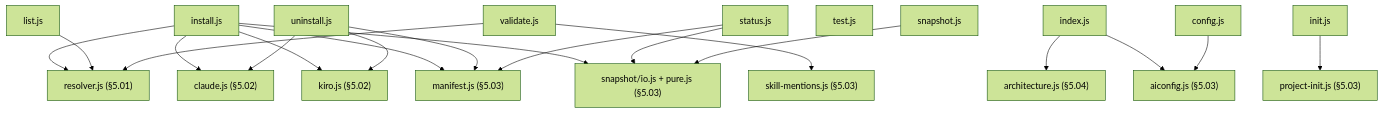
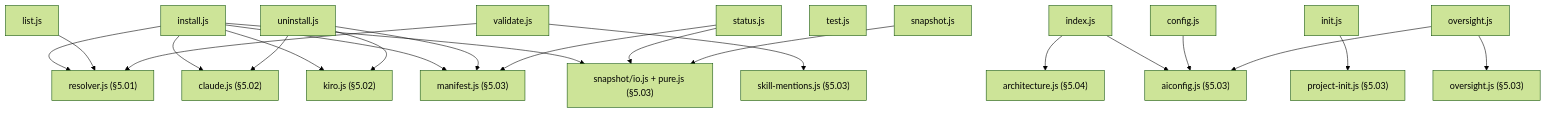
The diagram in docs/architecture/05_05_command_layer.md (starvoxel/ai-foundation), drawn with Mermaid (forest theme) before and after one commit. The commit also changed other lines of this file and 16 other files, not shown here.

````diff
--- a/docs/architecture/05_05_command_layer.md
+++ b/docs/architecture/05_05_command_layer.md
@@ -24,33 +25,36 @@
 ```mermaid
 graph TD
   Install["install.js"]
   Uninstall["uninstall.js"]
   Status["status.js"]
   List["list.js"]
   Validate["validate.js"]
   Test["test.js"]
   Snapshot["snapshot.js"]
   Index["index.js"]
   Init["init.js"]
   Config["config.js"]
+  Oversight["oversight.js"]
 
   Resolver["resolver.js (§5.01)"]
   SkillMentions["skill-mentions.js (§5.03)"]
   Manifest["manifest.js (§5.03)"]
   SnapLib["snapshot/io.js + pure.js (§5.03)"]
   Architecture["architecture.js (§5.04)"]
   AiConfig["aiconfig.js (§5.03)"]
+  OversightLib["oversight.js (§5.03)"]
   ProjInit["project-init.js (§5.03)"]
   Claude["claude.js (§5.02)"]
   Kiro["kiro.js (§5.02)"]
 
   Install --> Resolver & Claude & Kiro & Manifest & SnapLib
   Uninstall --> Manifest & Claude & Kiro
   Status --> Manifest & SnapLib
   List --> Resolver
   Validate --> Resolver & SkillMentions
   Snapshot --> SnapLib
   Index --> Architecture & AiConfig
   Init --> ProjInit
   Config --> AiConfig
+  Oversight --> AiConfig & OversightLib
 ```
````
